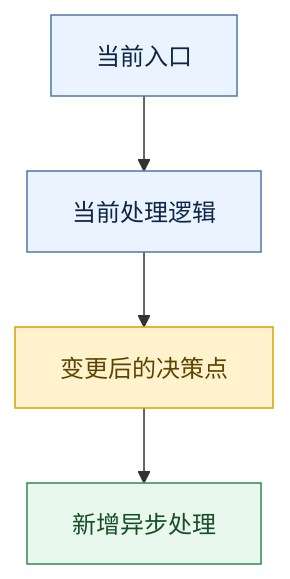
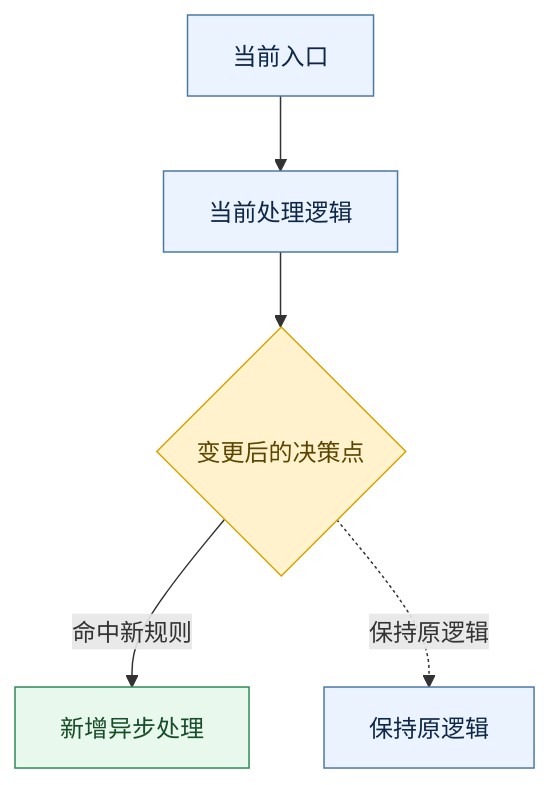
Before and after one commit to Foutlook/agent-skills: the second of 2 diagrams in writing-backend-technical-solutions/SKILL.md, drawn with Mermaid. The commit also changed other lines of this file and 2 other files, not shown here.

````diff
--- a/writing-backend-technical-solutions/SKILL.md
+++ b/writing-backend-technical-solutions/SKILL.md
@@ -321,17 +358,20 @@
 ```mermaid
 flowchart TD
     A[当前入口]
     B[当前处理逻辑]
-    C[变更后的决策点]
+    C{变更后的决策点}
     D[新增异步处理]
+    E[保持原逻辑]
 
-    A --> B --> C --> D
+    A --> B --> C
+    C -->|命中新规则| D
+    C -.->|保持原逻辑| E
 
     classDef existing fill:#EAF3FF,stroke:#4C78A8,color:#0F2747;
     classDef changed fill:#FFF2CC,stroke:#D6A400,color:#5C4500;
     classDef added fill:#E8F8EC,stroke:#2E8B57,color:#174D2A;
 
-    class A,B existing;
+    class A,B,E existing;
     class C changed;
     class D added;
 ```
````
